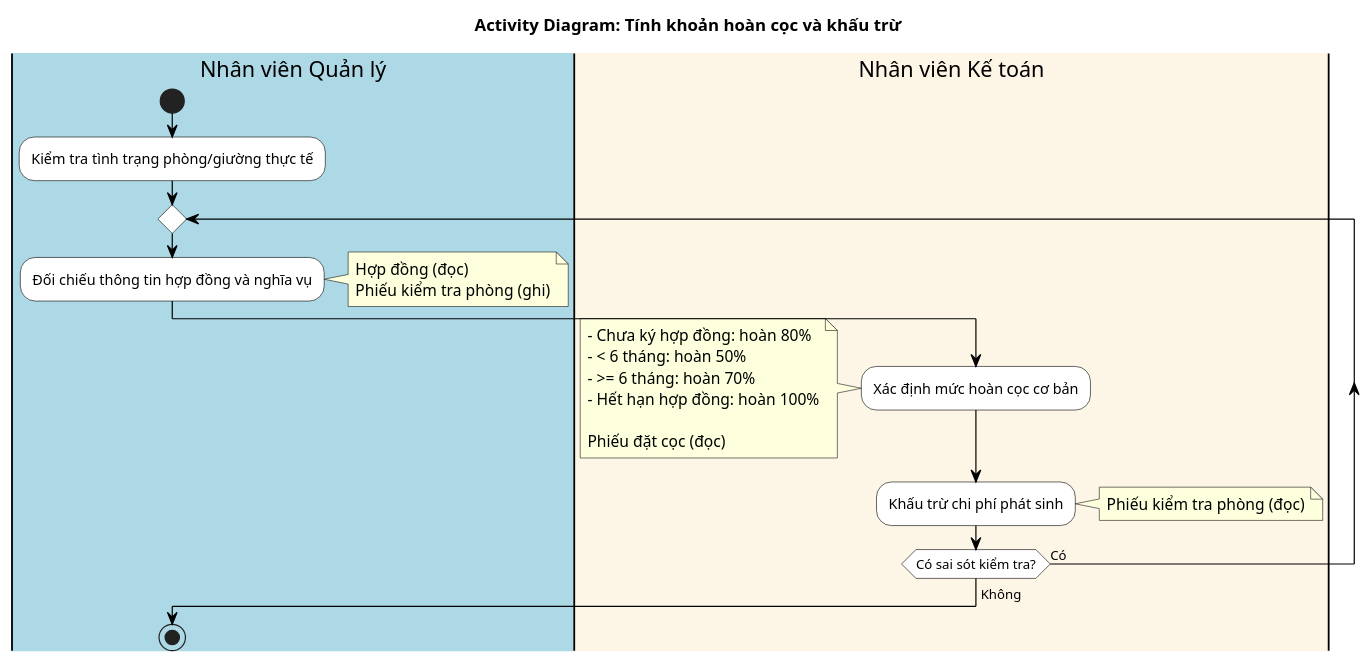
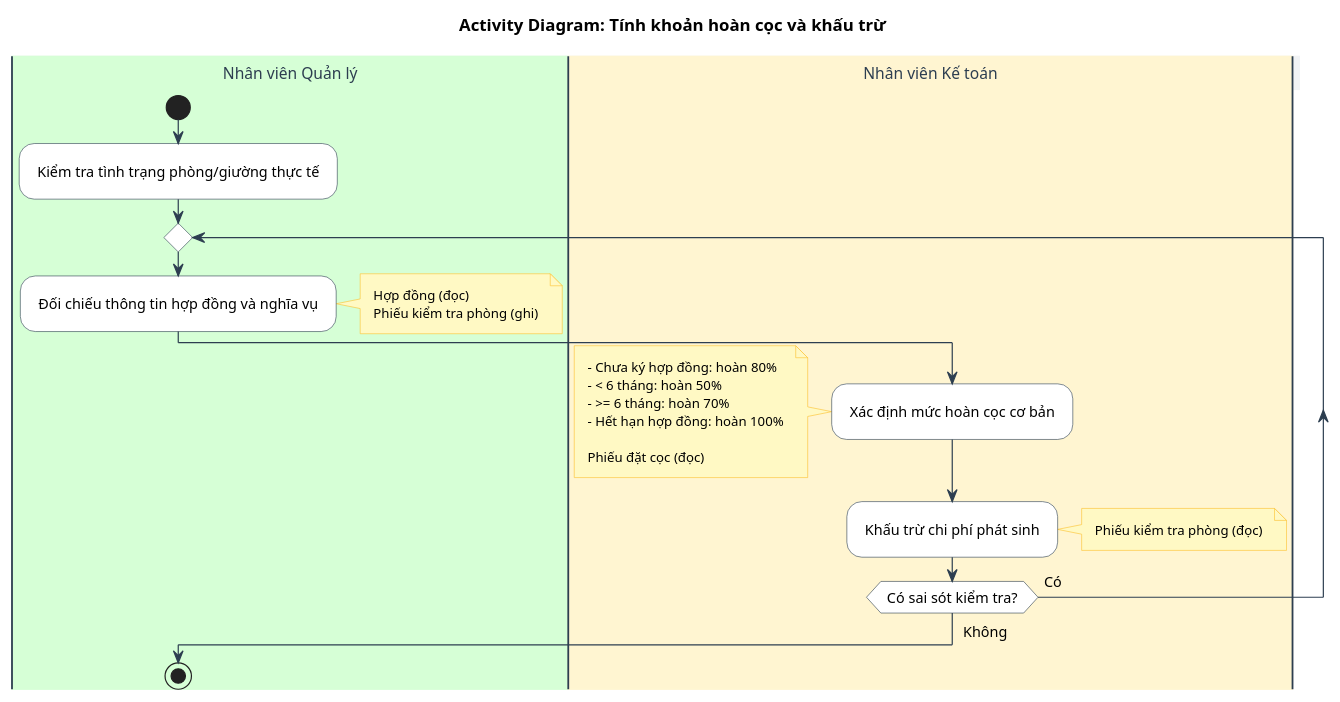
One commit to Gnourt812005/HCMUS-Analyze-and-desgin-IS changed the diagram in doc/business/activity/tinh_khoan_hoan_coc_va_khau_tru.wsd. Above: the diagram before and after it, drawn with PlantUML. The commit also changed 11 other files, not shown here.

```diff
--- a/doc/business/activity/tinh_khoan_hoan_coc_va_khau_tru.wsd
+++ b/doc/business/activity/tinh_khoan_hoan_coc_va_khau_tru.wsd
@@ -1,52 +1,64 @@
-@startuml
+@startuml TinhKhoanHoanCocVaKhauTru
 title Activity Diagram: Tính khoản hoàn cọc và khấu trừ
 
-' General config
-skinparam activity {
-    BackgroundColor White
-    BorderColor Black
-    ArrowColor Black
-}
-skinparam swimlane {
-    BorderColor Black
+' --- STYLE CONFIGURATION ---
+skinparam {
+    ActivityBackgroundColor White
+    ActivityBorderColor #2D3E50
+    ArrowColor #2D3E50
+    DefaultFontName "Arial"
+    DefaultFontSize 12
+    Padding 5
+
+    ' Swimlane styling
+    SwimlaneBorderColor #2D3E50
+    SwimlaneTitleBackgroundColor #F1F3F5
+    SwimlaneTitleFontSize 13
+    SwimlaneTitleFontColor #2D3E50
+    
+    ' Note styling
+    NoteBackgroundColor #FFF9C4
+    NoteBorderColor #FBC02D
+    NoteFontSize 11
 }
 
-' Swimlanes
-|#LightBlue|Nhân viên Quản lý|
-|#OldLace|Nhân viên Kế toán|
+' --- SWIMLANES ---
+|#D6FFD6|Nhân viên Quản lý|
+|#FFF5D1|Nhân viên Kế toán|
+
 
 ' Start
 |Nhân viên Quản lý|
 start
 :Kiểm tra tình trạng phòng/giường thực tế;
 
 repeat
 
 :Đối chiếu thông tin hợp đồng và nghĩa vụ;
 note right
   Hợp đồng (đọc)
   Phiếu kiểm tra phòng (ghi)
 end note
 
 |Nhân viên Kế toán|
 :Xác định mức hoàn cọc cơ bản;
 note left
   - Chưa ký hợp đồng: hoàn 80%
   - < 6 tháng: hoàn 50%
   - >= 6 tháng: hoàn 70%
   - Hết hạn hợp đồng: hoàn 100%
 
   Phiếu đặt cọc (đọc)
 end note
 
 :Khấu trừ chi phí phát sinh;
 note right
   Phiếu kiểm tra phòng (đọc)
 end note
 
 repeat while (Có sai sót kiểm tra?) is (Có)
     |Nhân viên Quản lý|
 ->Không;
 stop
 
 @enduml
```
